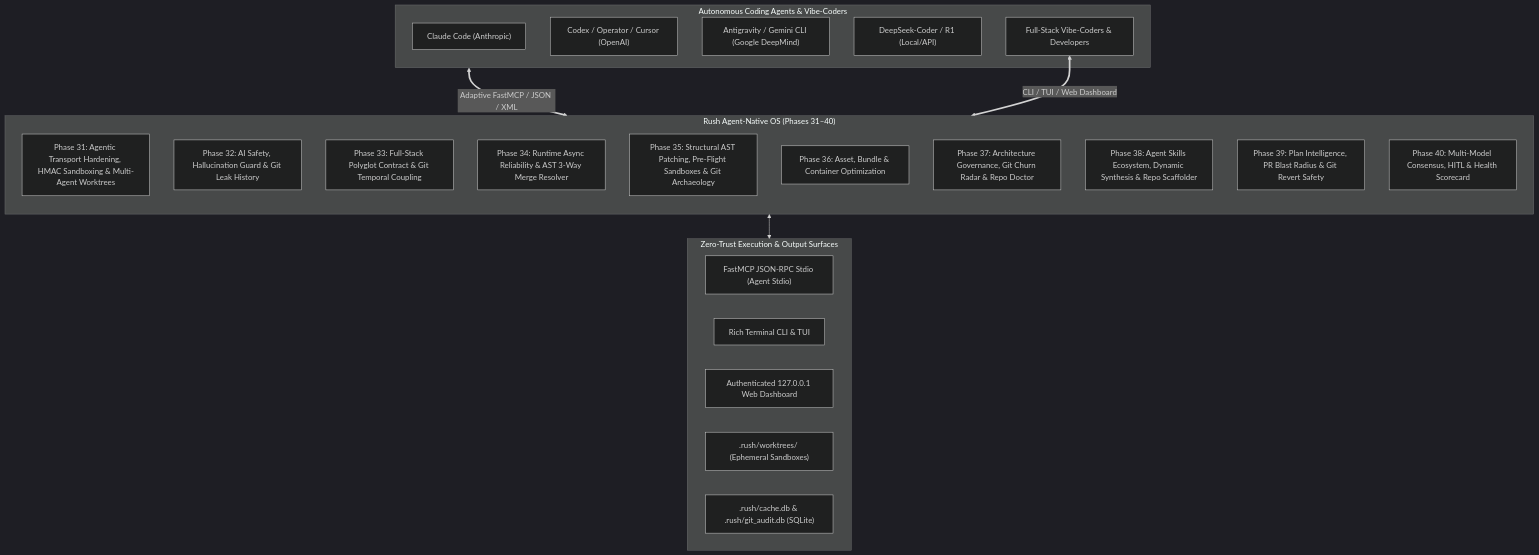
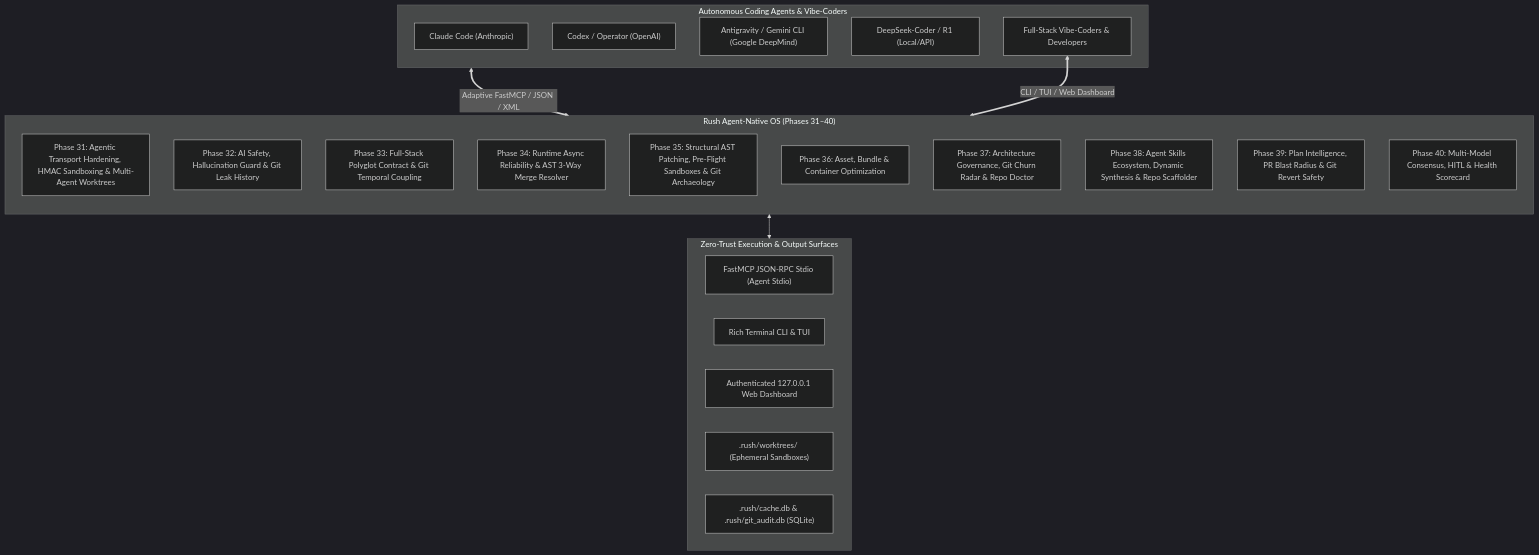
Before and after one commit to jamesdsizemore/rush-cli: the first of 2 diagrams in docs/developer/master-brainstorm-innovation-plan.md, drawn with Mermaid (dark theme). The commit also changed other lines of this file and 61 other files, not shown here.

````diff
--- a/docs/developer/master-brainstorm-innovation-plan.md
+++ b/docs/developer/master-brainstorm-innovation-plan.md
@@ -21,36 +21,36 @@
 ```mermaid
 flowchart TD
   subgraph AgentEcosystem["Autonomous Coding Agents & Vibe-Coders"]
     Claude["Claude Code (Anthropic)"]
-    Codex["Codex / Operator / Cursor (OpenAI)"]
+    Codex["Codex / Operator (OpenAI)"]
     AGY["Antigravity / Gemini CLI (Google DeepMind)"]
     DeepSeek["DeepSeek-Coder / R1 (Local/API)"]
     Devs["Full-Stack Vibe-Coders & Developers"]
   end
 
   subgraph RushPlatform["Rush Agent-Native OS (Phases 31–40)"]
     direction TB
     P31["Phase 31: Agentic Transport Hardening, HMAC Sandboxing & Multi-Agent Worktrees"]
     P32["Phase 32: AI Safety, Hallucination Guard & Git Leak History"]
     P33["Phase 33: Full-Stack Polyglot Contract & Git Temporal Coupling"]
     P34["Phase 34: Runtime Async Reliability & AST 3-Way Merge Resolver"]
     P35["Phase 35: Structural AST Patching, Pre-Flight Sandboxes & Git Archaeology"]
     P36["Phase 36: Asset, Bundle & Container Optimization"]
     P37["Phase 37: Architecture Governance, Git Churn Radar & Repo Doctor"]
     P38["Phase 38: Agent Skills Ecosystem, Dynamic Synthesis & Repo Scaffolder"]
     P39["Phase 39: Plan Intelligence, PR Blast Radius & Git Revert Safety"]
     P40["Phase 40: Multi-Model Consensus, HITL & Health Scorecard"]
   end
 
   subgraph ExecutionSurfaces["Zero-Trust Execution & Output Surfaces"]
     FastMCP["FastMCP JSON-RPC Stdio (Agent Stdio)"]
     CLI["Rich Terminal CLI & TUI"]
     Dashboard["Authenticated 127.0.0.1 Web Dashboard"]
     Worktrees[".rush/worktrees/ (Ephemeral Sandboxes)"]
     CacheDB[".rush/cache.db & .rush/git_audit.db (SQLite)"]
   end
 
   AgentEcosystem <==>|Adaptive FastMCP / JSON / XML| RushPlatform
   Devs <==>|CLI / TUI / Web Dashboard| RushPlatform
   RushPlatform <--> ExecutionSurfaces
 ```
````
